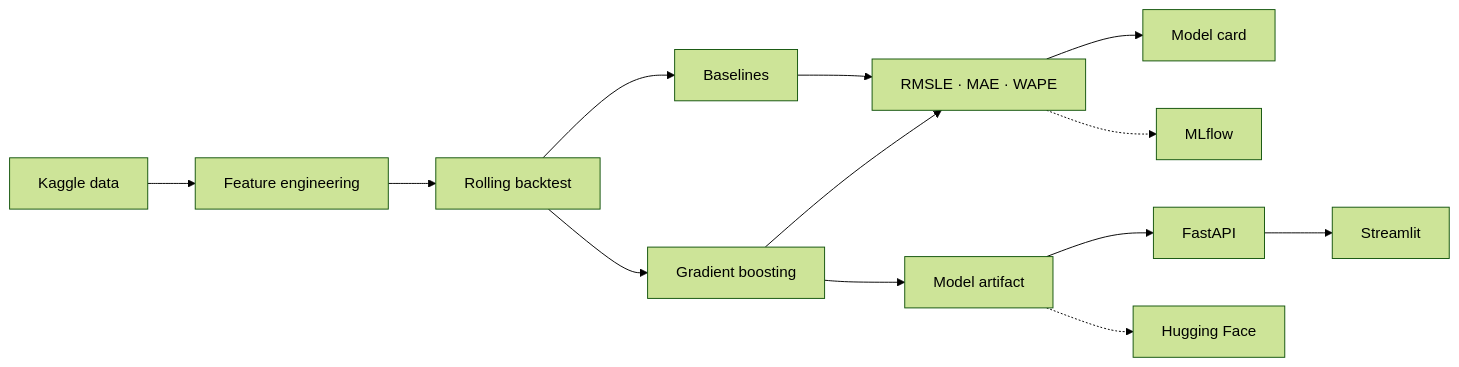
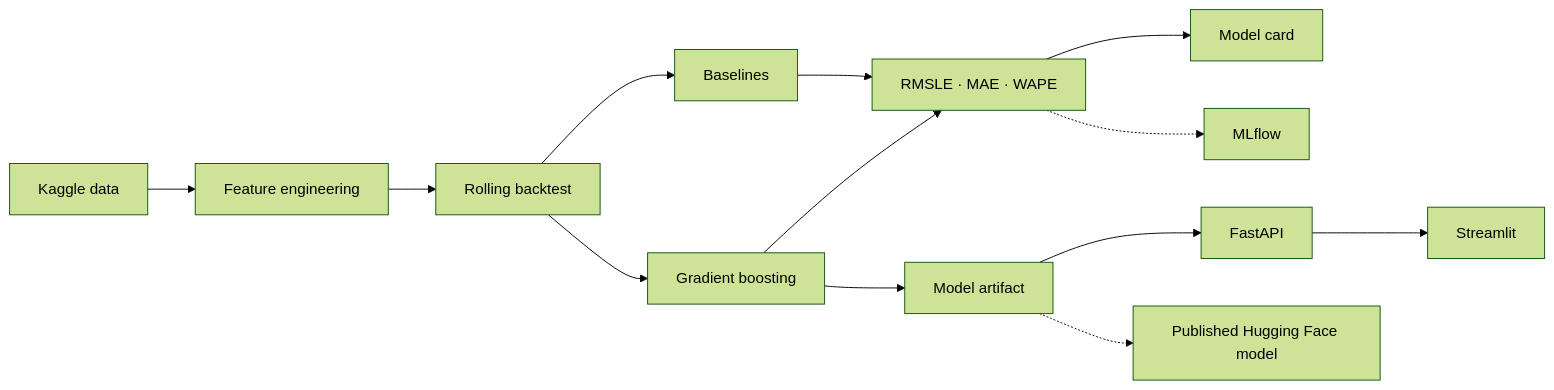
The diagram in README.md (Cassio327/fooddemand-ai), drawn with Mermaid (forest theme) before and after one commit. The commit also changed other lines of this file, not shown here.

Commit message:
docs: surface verified metrics, published model and demo placeholder

````diff
--- a/README.md
+++ b/README.md
@@ -82,15 +102,15 @@
 ```mermaid
 flowchart LR
     D["Kaggle data"] --> F["Feature engineering"]
     F --> BT["Rolling backtest"]
     BT --> BL["Baselines"]
     BT --> ML["Gradient boosting"]
     BL --> M["RMSLE · MAE · WAPE"]
     ML --> M
     ML --> A["Model artifact"]
     M --> C["Model card"]
     A --> API["FastAPI"]
     API --> UI["Streamlit"]
     M -.-> TRACK["MLflow"]
-    A -.-> HF["Hugging Face"]
+    A -.-> HF["Published Hugging Face model"]
 ```
````
